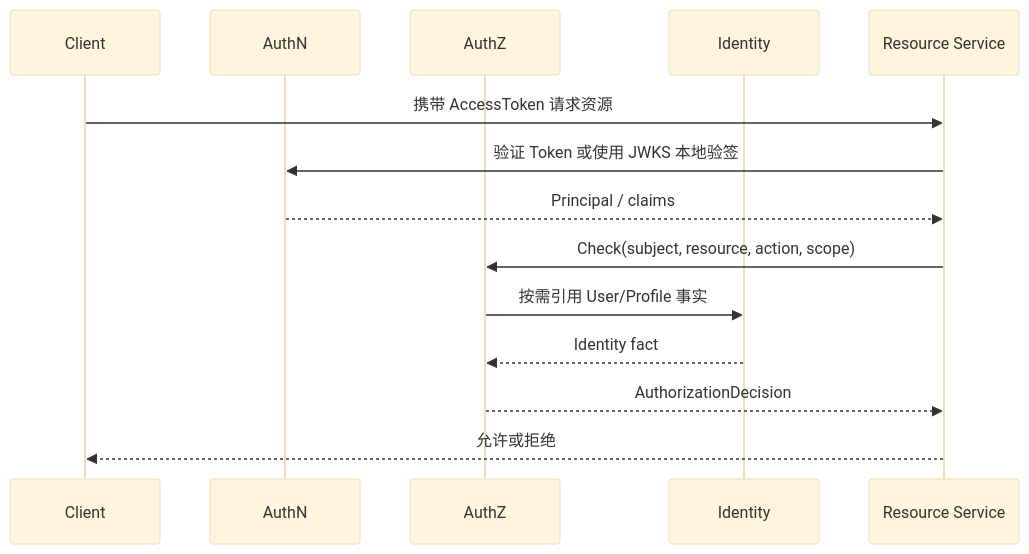
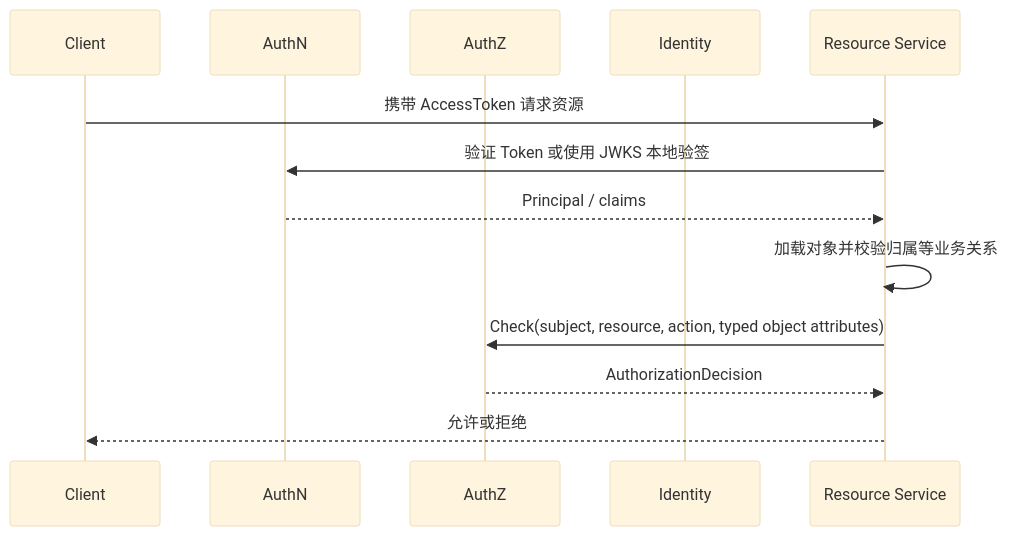
The third of 4 diagrams in docs/00-概览/02-模块划分与协作关系.md (FangcunMount/iam), drawn with Mermaid (base theme) before and after one commit. The commit also changed other lines of this file and 17 other files, not shown here.

````diff
--- a/docs/00-概览/02-模块划分与协作关系.md
+++ b/docs/00-概览/02-模块划分与协作关系.md
@@ -428,17 +428,16 @@
 ```mermaid
 sequenceDiagram
     participant Client as Client
     participant AuthN as AuthN
     participant AuthZ as AuthZ
     participant Identity as Identity
     participant Resource as Resource Service
 
     Client->>Resource: 携带 AccessToken 请求资源
     Resource->>AuthN: 验证 Token 或使用 JWKS 本地验签
     AuthN-->>Resource: Principal / claims
-    Resource->>AuthZ: Check(subject, resource, action, scope)
-    AuthZ->>Identity: 按需引用 User/Profile 事实
-    Identity-->>AuthZ: Identity fact
+    Resource->>Resource: 加载对象并校验归属等业务关系
+    Resource->>AuthZ: Check(subject, resource, action, typed object attributes)
     AuthZ-->>Resource: AuthorizationDecision
     Resource-->>Client: 允许或拒绝
 ```
````
